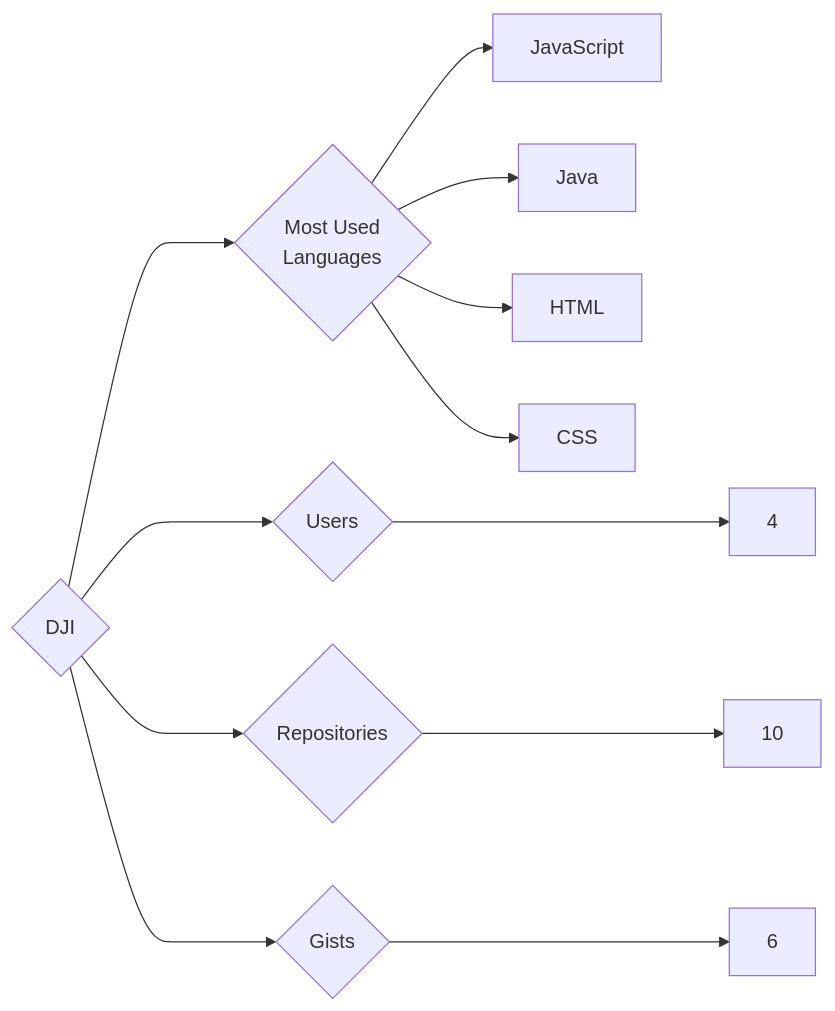
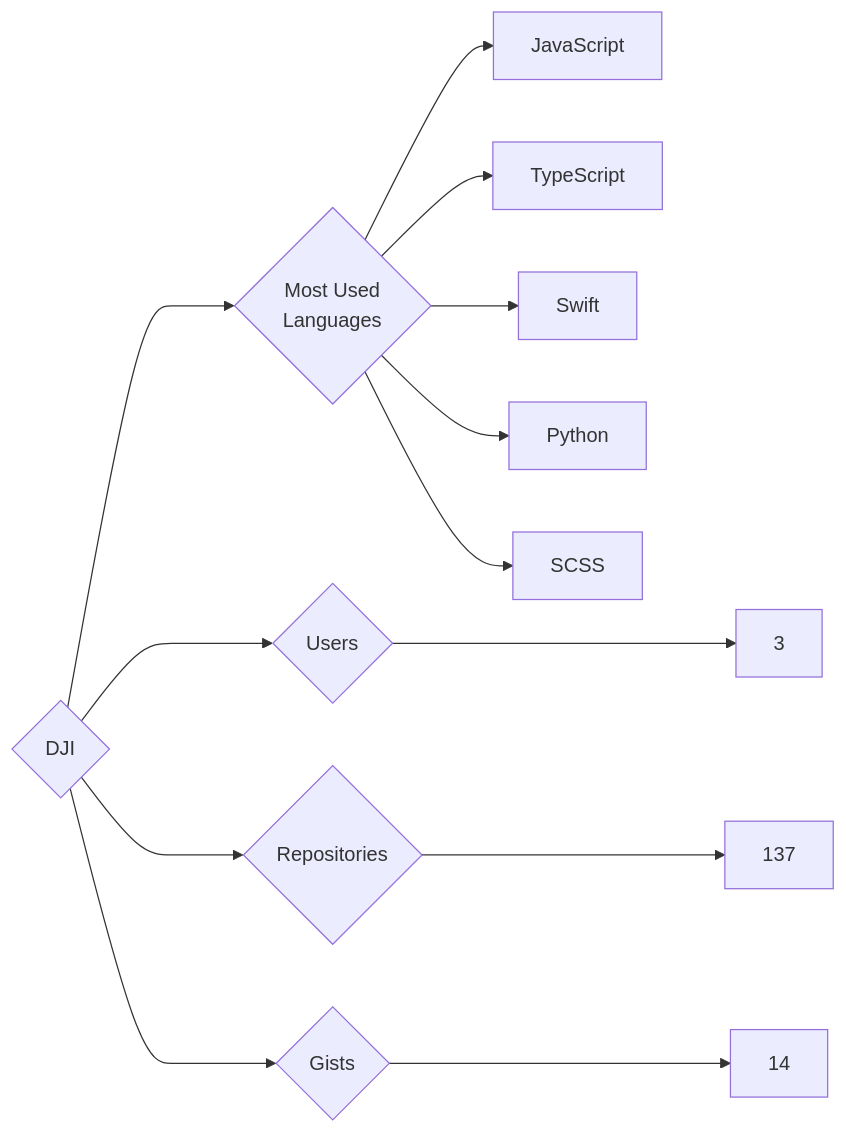
The diagram in targets/DJI/README.md (trickest/insiders), drawn with Mermaid before and after one commit. The commit also changed 1036 other files, not shown here.

````diff
--- a/targets/DJI/README.md
+++ b/targets/DJI/README.md
@@ -3,12 +3,13 @@
 ```mermaid
 graph LR
 COMPANY_NAME{DJI}
-COMPANY_NAME ---> U{Users} ---> UN[4]
-COMPANY_NAME ---> R{Repositories} ---> RN[10]
-COMPANY_NAME ---> G{Gists} ---> GN[6]
+COMPANY_NAME ---> U{Users} ---> UN[3]
+COMPANY_NAME ---> R{Repositories} ---> RN[137]
+COMPANY_NAME ---> G{Gists} ---> GN[14]
 COMPANY_NAME ---> ML{Most Used<br>Languages}
 ML --> JavaScript[JavaScript]
-ML --> Java[Java]
-ML --> HTML[HTML]
-ML --> CSS[CSS]
+ML --> TypeScript[TypeScript]
+ML --> Swift[Swift]
+ML --> Python[Python]
+ML --> SCSS[SCSS]
 ```
````
